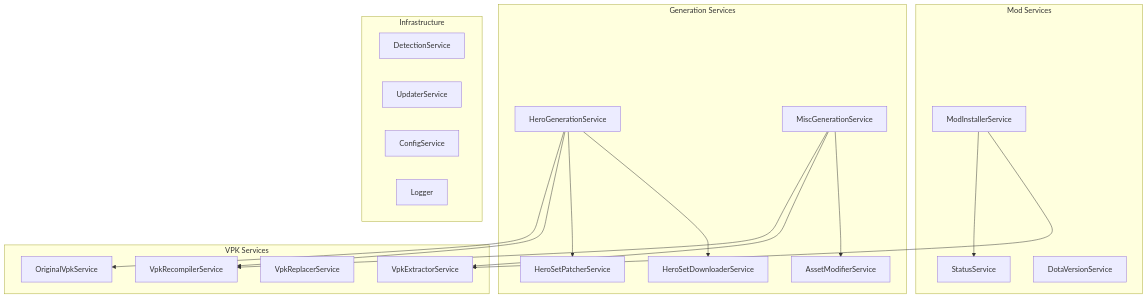
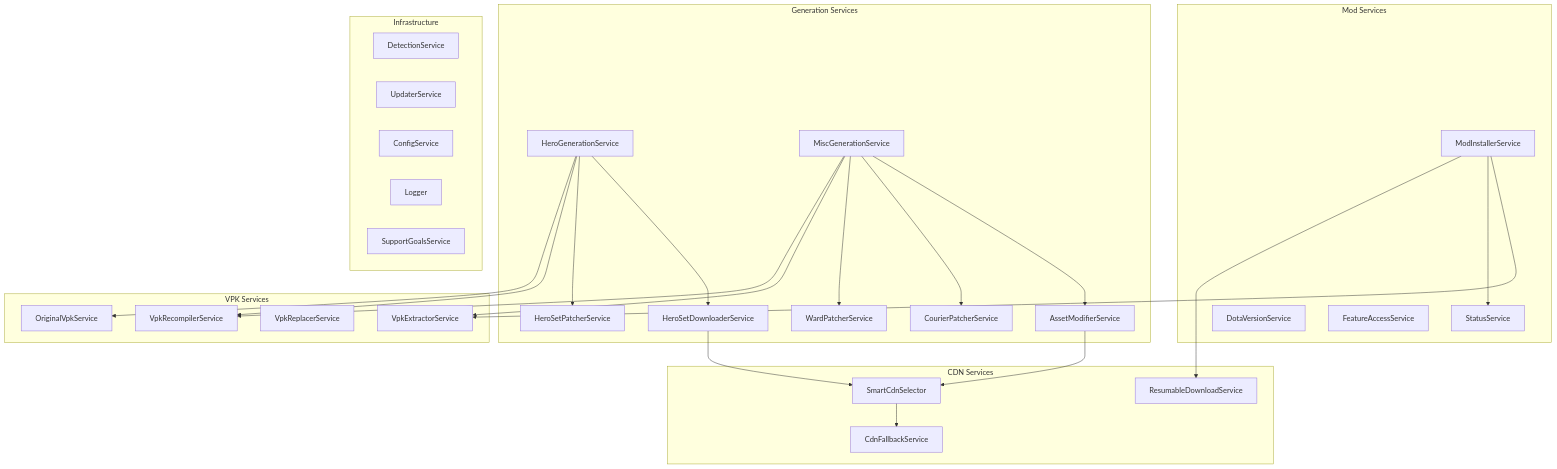
Before and after one commit to Anneardysa/ArdysaModsTools: the seventh of 8 diagrams in docs/developer/architecture.md, drawn with Mermaid. The commit also changed other lines of this file and 14 other files, not shown here.

````diff
--- a/docs/developer/architecture.md
+++ b/docs/developer/architecture.md
@@ -272,40 +327,56 @@
 ```mermaid
 graph TB
     subgraph "Mod Services"
         MIS[ModInstallerService]
         SS[StatusService]
         DVS[DotaVersionService]
+        FAS[FeatureAccessService]
     end
 
     subgraph "Generation Services"
         HGS[HeroGenerationService]
         HSDS[HeroSetDownloaderService]
         HSPS[HeroSetPatcherService]
         MGS[MiscGenerationService]
         AMS[AssetModifierService]
+        CPS[CourierPatcherService]
+        WPS[WardPatcherService]
+    end
+
+    subgraph "CDN Services"
+        SCS[SmartCdnSelector]
+        CFS[CdnFallbackService]
+        RDS[ResumableDownloadService]
     end
 
     subgraph "VPK Services"
         VES[VpkExtractorService]
         VRS[VpkRecompilerService]
         VRepS[VpkReplacerService]
         OVS[OriginalVpkService]
     end
 
     subgraph "Infrastructure"
         DS[DetectionService]
         US[UpdaterService]
         CS[ConfigService]
         LS[Logger]
+        SGS[SupportGoalsService]
     end
 
     MIS --> VES
     MIS --> SS
+    MIS --> RDS
     HGS --> HSDS
     HGS --> HSPS
     HGS --> VRS
     HGS --> OVS
+    HSDS --> SCS
     MGS --> AMS
+    MGS --> CPS
+    MGS --> WPS
     MGS --> VES
     MGS --> VRS
+    AMS --> SCS
+    SCS --> CFS
 ```
````
